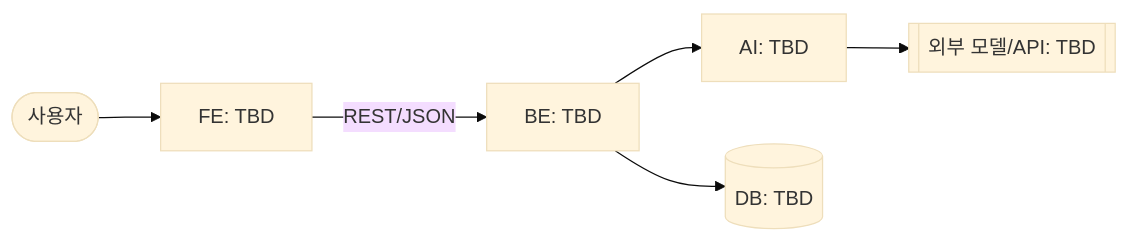
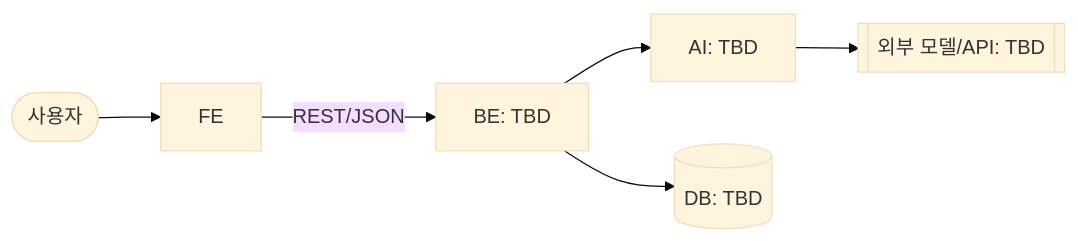
The diagram in docs/SRS.md (woowangthon/WOOWANGTHON_TEAM_18), drawn with Mermaid (base theme) before and after one commit. The commit also changed other lines of this file and 22 other files, not shown here.

````diff
--- a/docs/SRS.md
+++ b/docs/SRS.md
@@ -101,8 +101,8 @@
 ```mermaid
 flowchart LR
-  user([사용자]) --> fe[FE: TBD]
+  user([사용자]) --> fe[FE]
   fe -->|REST/JSON| be[BE: TBD]
   be --> ai[AI: TBD]
   be --> db[(DB: TBD)]
   ai --> llm[[외부 모델/API: TBD]]
 ```
````
